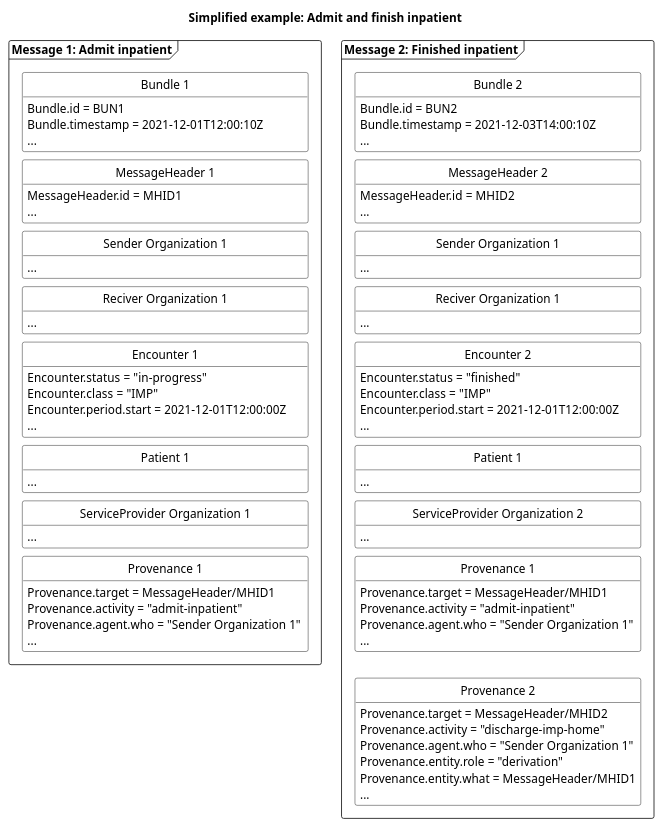
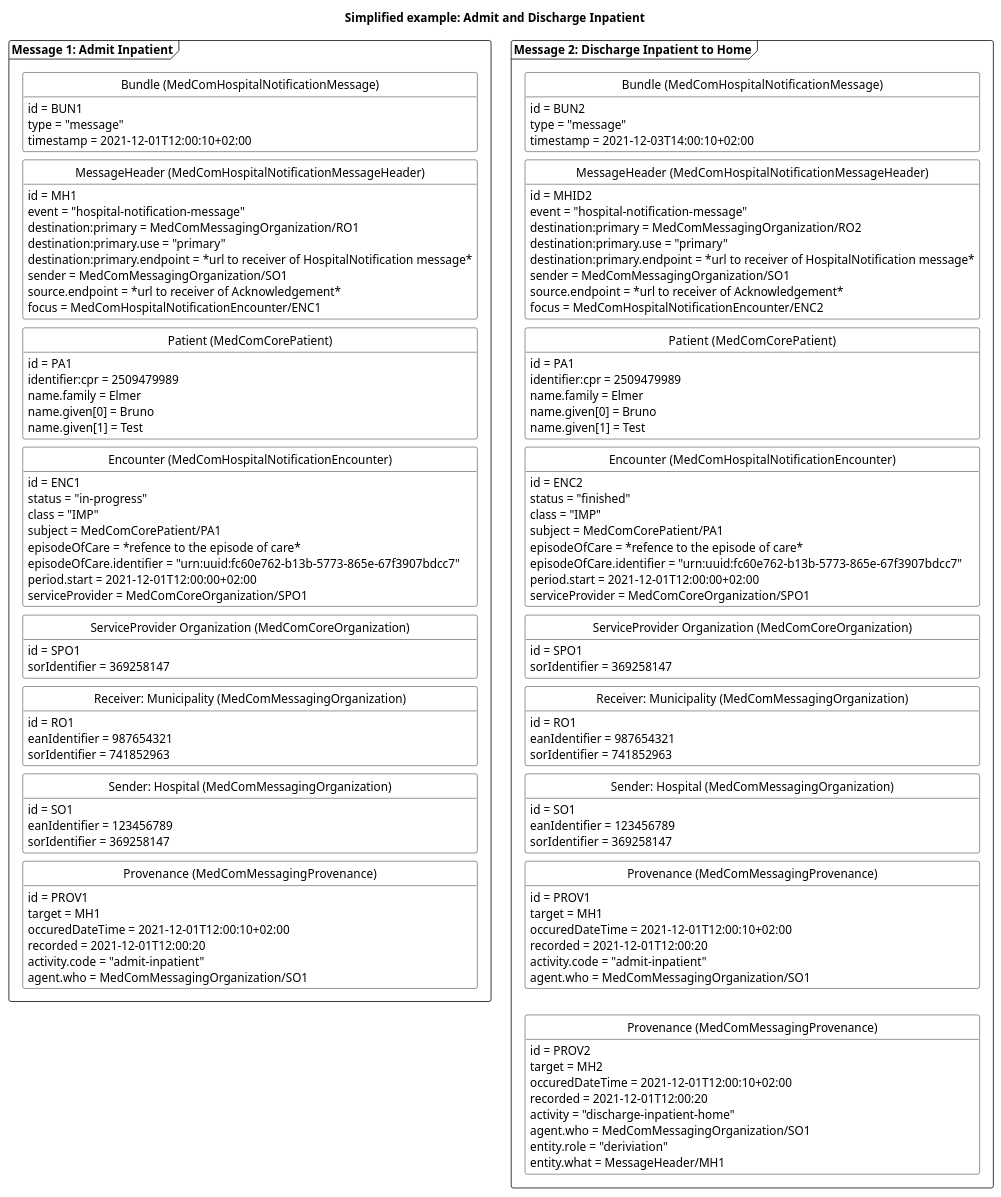
The diagram in puml/HospitalNotificationAdmitFinish.puml (medcomdk/dk-medcom-hospitalnotification), drawn with PlantUML before and after one commit. The commit also changed 7 other files, not shown here.

```diff
--- a/puml/HospitalNotificationAdmitFinish.puml
+++ b/puml/HospitalNotificationAdmitFinish.puml
@@ -1,124 +1,165 @@
 @startuml HNAdmitFinish
 
 'layout
 skinparam class {
     BackgroundColor White
     BorderColor Black
     ArrowColor Black
   }
 hide circle
 hide empty members
 skinparam SameClassWidth true
 skinparam Ranksep 10
 
 
 'title
-title Simplified example: Admit and finish inpatient
+title Simplified example: Admit and Discharge Inpatient
 
 'Message 1: Admit inpatient
-package "Message 1: Admit inpatient" as admit <<Frame>>{
-    class "Bundle 1" as admitB {
-        Bundle.id = BUN1
-        Bundle.timestamp = 2021-12-01T12:00:10Z
-        ...
+package "Message 1: Admit Inpatient" as admit <<Frame>>{
+    class "Bundle (MedComHospitalNotificationMessage)" as admitB{
+        id = BUN1
+        type = "message"
+        timestamp = 2021-12-01T12:00:10+02:00
     }
-    class "MessageHeader 1" as admitMH{
-        MessageHeader.id = MHID1
-        ...
+    class "MessageHeader (MedComHospitalNotificationMessageHeader)" as admitMH{
+        id = MH1
+        event = "hospital-notification-message"
+        destination:primary = MedComMessagingOrganization/RO1
+        destination:primary.use = "primary"
+        destination:primary.endpoint = *url to receiver of HospitalNotification message*
+        sender = MedComMessagingOrganization/SO1
+        source.endpoint = *url to receiver of Acknowledgement*
+        focus = MedComHospitalNotificationEncounter/ENC1
     }
-    class "Sender Organization 1" as admitSOrg{
-        ...
+    class "Patient (MedComCorePatient)" as admitPT{
+        id = PA1
+        identifier:cpr = 2509479989
+        name.family = Elmer
+        name.given[0] = Bruno
+        name.given[1] = Test
     }
-    class "Reciver Organization 1" as admitROrg{
-        ...
+    class "Encounter (MedComHospitalNotificationEncounter)" as admitENC{
+        id = ENC1
+        status = "in-progress"
+        class = "IMP"
+        subject = MedComCorePatient/PA1
+        episodeOfCare = *refence to the episode of care*
+        episodeOfCare.identifier = "urn:uuid:fc60e762-b13b-5773-865e-67f3907bdcc7"
+        period.start = 2021-12-01T12:00:00+02:00
+        serviceProvider = MedComCoreOrganization/SPO1
+    }    
+    class "ServiceProvider Organization (MedComCoreOrganization)" as admitSPOrg{
+        id = SPO1
+        sorIdentifier = 369258147
     }
-    class "Encounter 1" as admitENC{
-        Encounter.status = "in-progress"
-        Encounter.class = "IMP"
-        Encounter.period.start = 2021-12-01T12:00:00Z
-        ...
+    class "Receiver: Municipality (MedComMessagingOrganization)" as admitROrg{
+        id = RO1
+        eanIdentifier = 987654321
+        sorIdentifier = 741852963
     }
-    class "Patient 1" as admitPT{
-        ...
+    class "Sender: Hospital (MedComMessagingOrganization)" as admitSOrg{
+        id = SO1
+        eanIdentifier = 123456789
+        sorIdentifier = 369258147
     }
-    class "ServiceProvider Organization 1" as admitSPOrg{
-        ...
-    }
-    class "Provenance 1" as admitPRO{
-        Provenance.target = MessageHeader/MHID1
-        Provenance.activity = "admit-inpatient"
-        Provenance.agent.who = "Sender Organization 1"
-        ...
+    class "Provenance  (MedComMessagingProvenance)" as admitPRO{
+        id = PROV1
+        target = MH1
+        occuredDateTime = 2021-12-01T12:00:10+02:00
+        recorded = 2021-12-01T12:00:20
+        activity.code = "admit-inpatient"
+        agent.who = MedComMessagingOrganization/SO1
     }
 
 admitB -[hidden]- admitMH
-admitMH -[hidden]- admitSOrg
-admitSOrg-[hidden]-admitROrg
-admitROrg-[hidden]-admitENC
-admitENC-[hidden]-admitPT
-admitPT-[hidden]-admitSPOrg
-admitSPOrg-[hidden]-admitPRO
-
-
-
+admitMH-[hidden]-admitPT
+admitPT-[hidden]-admitENC
+admitENC-[hidden]-admitSPOrg
+admitSPOrg-[hidden]-admitROrg
+admitROrg-[hidden]-admitSOrg
+admitSOrg-[hidden]-admitPRO
 }
 
 'Message 2: Finished inpatient
-package "Message 2: Finished inpatient" as finished <<Frame>> {
-    class "Bundle 2" as finishedB {
-        Bundle.id = BUN2
-        Bundle.timestamp = 2021-12-03T14:00:10Z
-        ...
+package "Message 2: Discharge Inpatient to Home" as finished <<Frame>>{
+    class "Bundle  (MedComHospitalNotificationMessage)" as finishedB{
+        id = BUN2
+        type = "message"
+        timestamp = 2021-12-03T14:00:10+02:00
     }
-    class "MessageHeader 2" as finishedMH{
-        MessageHeader.id = MHID2
-        ...
+    class "MessageHeader  (MedComHospitalNotificationMessageHeader)" as finishedMH{
+        id = MHID2
+        event = "hospital-notification-message"
+        destination:primary = MedComMessagingOrganization/RO2
+        destination:primary.use = "primary"
+        destination:primary.endpoint = *url to receiver of HospitalNotification message*
+        sender = MedComMessagingOrganization/SO1
+        source.endpoint = *url to receiver of Acknowledgement*
+        focus = MedComHospitalNotificationEncounter/ENC2
     }
-    class "Sender Organization 1" as finishedSOrg{
-        ...
+    class "Patient  (MedComCorePatient)" as finishedPT{
+        id = PA1
+        identifier:cpr = 2509479989
+        name.family = Elmer
+        name.given[0] = Bruno
+        name.given[1] = Test
     }
-    class "Reciver Organization 1" as finishedROrg{
-        ...
+    class "Encounter  (MedComHospitalNotificationEncounter)" as finishedENC{
+        id = ENC2
+        status = "finished"
+        class = "IMP"
+        subject = MedComCorePatient/PA1
+        episodeOfCare = *refence to the episode of care*
+        episodeOfCare.identifier = "urn:uuid:fc60e762-b13b-5773-865e-67f3907bdcc7"
+        period.start = 2021-12-01T12:00:00+02:00
+        serviceProvider = MedComCoreOrganization/SPO1
     }
-    class "Encounter 2" as finishedENC{
-        Encounter.status = "finished"
-        Encounter.class = "IMP"
-        Encounter.period.start = 2021-12-01T12:00:00Z
-        ...
+    class "ServiceProvider Organization (MedComCoreOrganization)" as finishedSPOrg{
+        id = SPO1 
+        sorIdentifier = 369258147
+    }    
+    class "Receiver: Municipality (MedComMessagingOrganization)" as finishedROrg{
+        id = RO1
+        eanIdentifier = 987654321
+        sorIdentifier = 741852963
     }
-    class "Patient 1" as finishedPT{
-        ...
+    class "Sender: Hospital (MedComMessagingOrganization)" as finishedSOrg{
+        id = SO1
+        eanIdentifier = 123456789
+        sorIdentifier = 369258147
+    }    
+    class "Provenance (MedComMessagingProvenance)" as admitfinishedPRO{
+        id = PROV1
+        target = MH1
+        occuredDateTime = 2021-12-01T12:00:10+02:00
+        recorded = 2021-12-01T12:00:20
+        activity.code = "admit-inpatient"
+        agent.who = MedComMessagingOrganization/SO1
     }
-    class "ServiceProvider Organization 2" as finishedSPOrg{
-        ...
-    }    
-    class "Provenance 1" as admitfinishedPRO{
-        Provenance.target = MessageHeader/MHID1
-        Provenance.activity = "admit-inpatient"
-        Provenance.agent.who = "Sender Organization 1"
-        ...
-    }
-    class "Provenance 2" as finishedPRO{
-        Provenance.target = MessageHeader/MHID2
-        Provenance.activity = "discharge-imp-home"
-        Provenance.agent.who = "Sender Organization 1"
-        Provenance.entity.role = "derivation"
-        Provenance.entity.what = MessageHeader/MHID1
-        ...
+    class "Provenance (MedComMessagingProvenance)" as finishedPRO{
+        id = PROV2        
+        target = MH2
+        occuredDateTime = 2021-12-01T12:00:10+02:00
+        recorded = 2021-12-01T12:00:20
+        activity = "discharge-inpatient-home"
+        agent.who = MedComMessagingOrganization/SO1
+        entity.role = "deriviation"
+        entity.what = MessageHeader/MH1
     }
 finishedB-[hidden]-finishedMH
-finishedMH-[hidden]-finishedSOrg
-finishedSOrg-[hidden]-finishedROrg
-finishedROrg-[hidden]-finishedENC
-finishedENC-[hidden]-finishedPT
-finishedPT-[hidden]-finishedSPOrg
-finishedSPOrg-[hidden]-admitfinishedPRO
+finishedMH-[hidden]-finishedPT
+finishedPT-[hidden]-finishedENC
+finishedENC-[hidden]-finishedSPOrg
+finishedSPOrg-[hidden]-finishedROrg
+finishedROrg-[hidden]-finishedSOrg
+finishedSOrg-[hidden]-admitfinishedPRO
 admitfinishedPRO-[hidden]-finishedPRO
 
 }
 
 ' pile mellem de to beskeder
 ' admit --> finished
 
 
 @enduml
```
